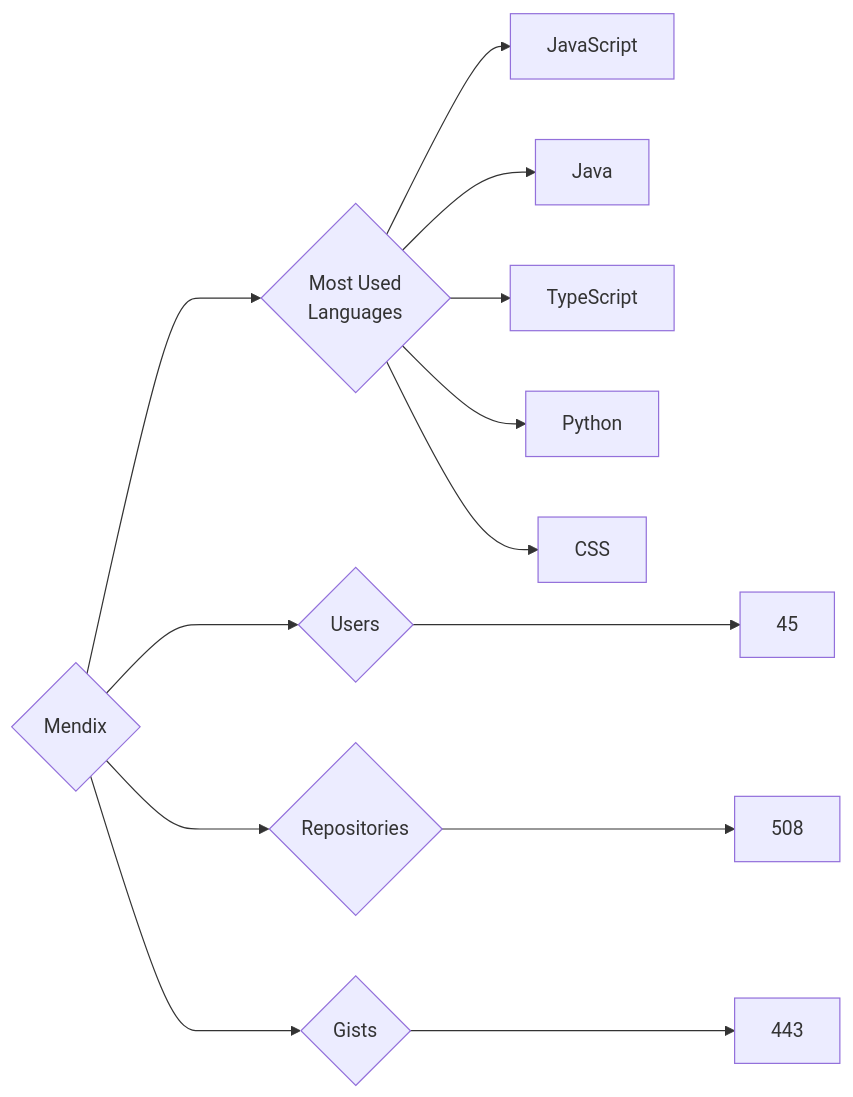
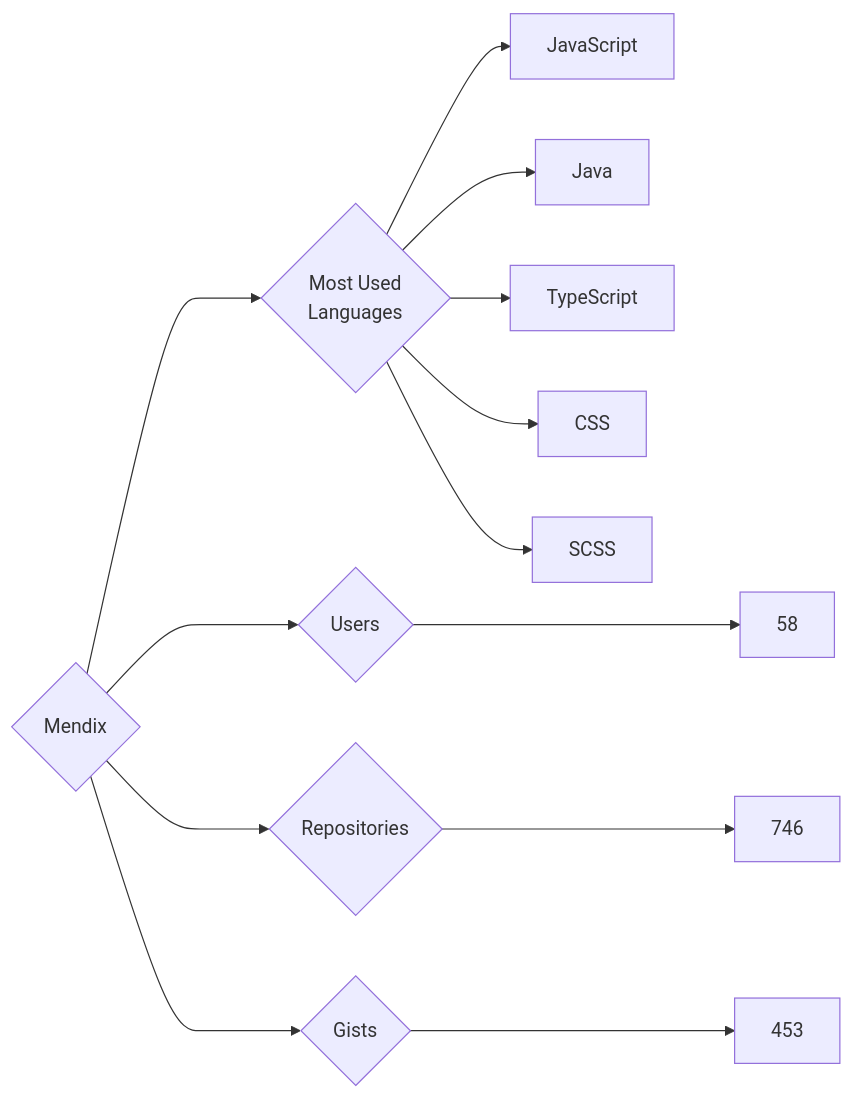
Before and after one commit to trickest/insiders: the diagram in targets/Mendix/README.md, drawn with Mermaid. The commit also changed 814 other files, not shown here.

````diff
--- a/targets/Mendix/README.md
+++ b/targets/Mendix/README.md
@@ -3,13 +3,13 @@
 ```mermaid
 graph LR
 COMPANY_NAME{Mendix}
-COMPANY_NAME ---> U{Users} ---> UN[45]
-COMPANY_NAME ---> R{Repositories} ---> RN[508]
-COMPANY_NAME ---> G{Gists} ---> GN[443]
+COMPANY_NAME ---> U{Users} ---> UN[58]
+COMPANY_NAME ---> R{Repositories} ---> RN[746]
+COMPANY_NAME ---> G{Gists} ---> GN[453]
 COMPANY_NAME ---> ML{Most Used<br>Languages}
 ML --> JavaScript[JavaScript]
 ML --> Java[Java]
 ML --> TypeScript[TypeScript]
-ML --> Python[Python]
 ML --> CSS[CSS]
+ML --> SCSS[SCSS]
 ```
````
